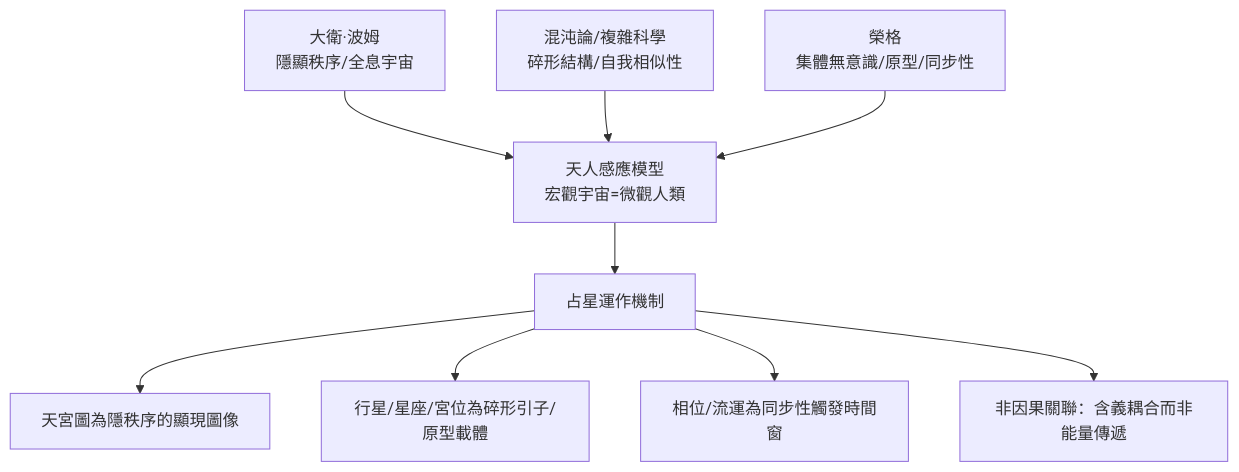
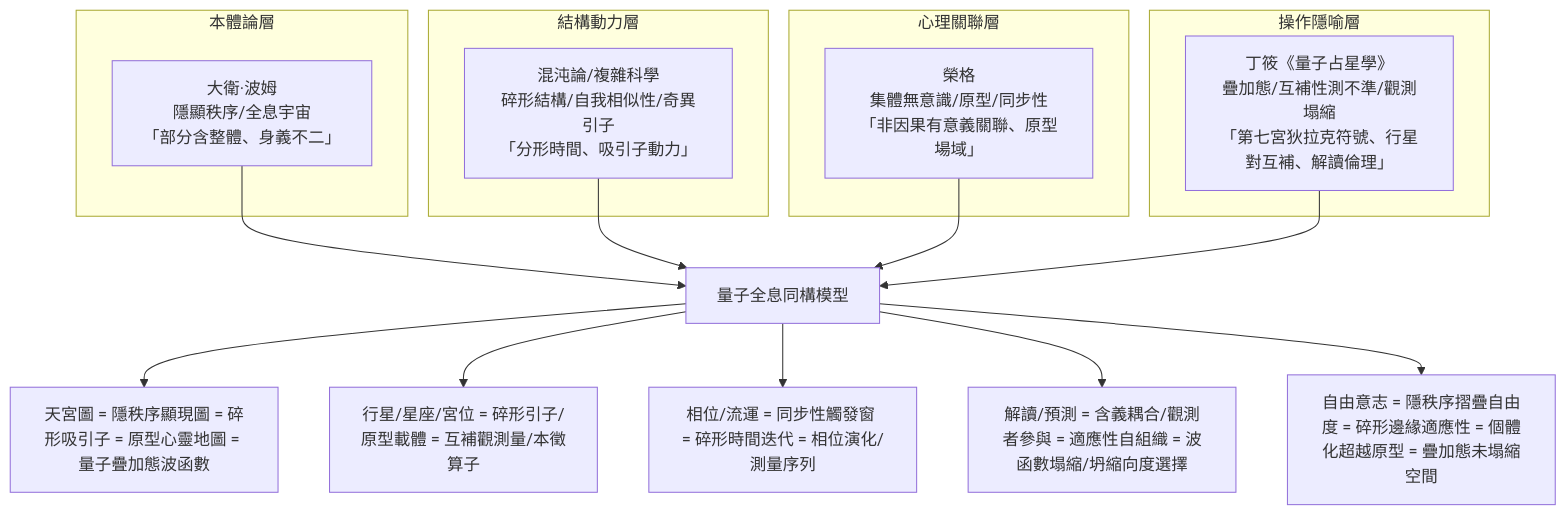
One commit to OpenDocCN1/mystery-llm-wiki changed the diagram in pages/zhanxing-zhe-xue-ji-chu-bohm-hun-dun-jung.md. Above: the diagram before and after it, drawn with Mermaid. The commit also changed other lines of this file and 4 other files, not shown here.

````diff
--- a/pages/zhanxing-zhe-xue-ji-chu-bohm-hun-dun-jung.md
+++ b/pages/zhanxing-zhe-xue-ji-chu-bohm-hun-dun-jung.md
@@ -128,11 +179,26 @@
 ```mermaid
 graph TD
-  A[大衛·波姆<br>隱顯秩序/全息宇宙] --> D[天人感應模型<br>宏觀宇宙=微觀人類]
-  B[混沌論/複雜科學<br>碎形結構/自我相似性] --> D
-  C[榮格<br>集體無意識/原型/同步性] --> D
-  D --> E[占星運作機制]
-  E --> F1[天宮圖為隱秩序的顯現圖像]
-  E --> F2[行星/星座/宮位為碎形引子/原型載體]
-  E --> F3[相位/流運為同步性觸發時間窗]
-  E --> F4[非因果關聯：含義耦合而非能量傳遞]
+  subgraph 本體論層
+    A[大衛·波姆<br>隱顯秩序/全息宇宙<br>「部分含整體、身義不二」]
+  end
+  subgraph 結構動力層
+    B[混沌論/複雜科學<br>碎形結構/自我相似性/奇異引子<br>「分形時間、吸引子動力」]
+  end
+  subgraph 心理關聯層
+    C[榮格<br>集體無意識/原型/同步性<br>「非因果有意義關聯、原型場域」]
+  end
+  subgraph 操作隱喻層
+    D[丁筱《量子占星學》<br>疊加態/互補性測不準/觀測塌縮<br>「第七宮狄拉克符號、行星對互補、解讀倫理」]
+  end
+
+  A --> E[量子全息同構模型]
+  B --> E
+  C --> E
+  D --> E
+
+  E --> F1[天宮圖 = 隱秩序顯現圖 = 碎形吸引子 = 原型心靈地圖 = 量子疊加態波函數]
+  E --> F2[行星/星座/宮位 = 碎形引子/原型載體 = 互補觀測量/本徵算子]
+  E --> F3[相位/流運 = 同步性觸發窗 = 碎形時間迭代 = 相位演化/測量序列]
+  E --> F4[解讀/預測 = 含義耦合/觀測者參與 = 適應性自組織 = 波函數塌縮/坍縮向度選擇]
+  E --> F5[自由意志 = 隱秩序摺疊自由度 = 碎形邊緣適應性 = 個體化超越原型 = 疊加態未塌縮空間]
 ```
````
